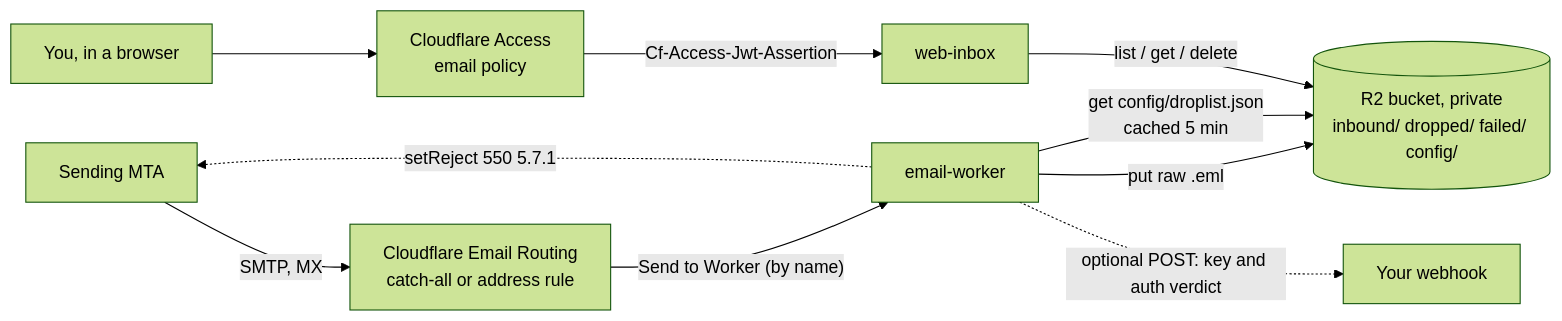
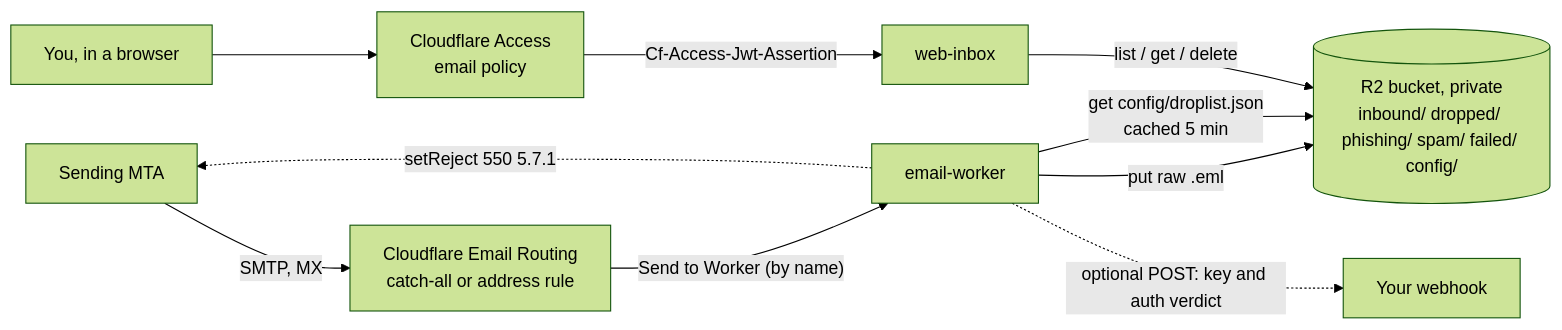
Before and after one commit to mclarty/r2-inbox: the diagram in README.md, drawn with Mermaid (forest theme). The commit also changed other lines of this file and 8 other files, not shown here.

First line of the commit message:
Add phishing/spam pills and optional auto-unsubscribe-on-drop

````diff
--- a/README.md
+++ b/README.md
@@ -56,12 +56,12 @@
 ```mermaid
 flowchart LR
   S["Sending MTA"] -->|"SMTP, MX"| ER["Cloudflare Email Routing<br/>catch-all or address rule"]
   ER -->|"Send to Worker (by name)"| EW["email-worker"]
-  EW -->|"put raw .eml"| R2[("R2 bucket, private<br/>inbound/ dropped/ failed/ config/")]
+  EW -->|"put raw .eml"| R2[("R2 bucket, private<br/>inbound/ dropped/ phishing/ spam/ failed/ config/")]
   EW -->|"get config/droplist.json<br/>cached 5 min"| R2
   EW -.->|"optional POST: key and auth verdict"| WH["Your webhook"]
   EW -.->|"setReject 550 5.7.1"| S
   U["You, in a browser"] --> AC["Cloudflare Access<br/>email policy"]
   AC -->|"Cf-Access-Jwt-Assertion"| WI["web-inbox"]
   WI -->|"list / get / delete"| R2
 ```
````
